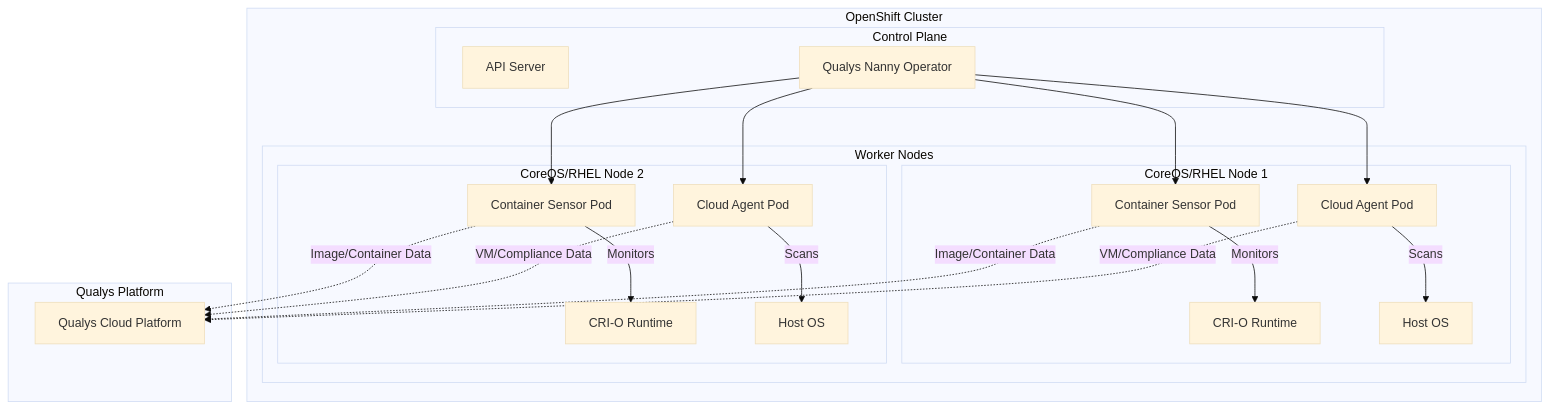
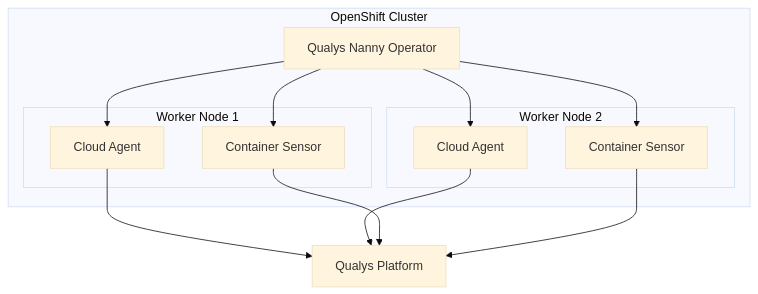
The first of 11 diagrams in docs/blog.md (nelssec/qualys-nanny), drawn with Mermaid (base theme) before and after one commit. The commit also changed other lines of this file and 15 other files, not shown here.

````diff
--- a/docs/blog.md
+++ b/docs/blog.md
@@ -9,44 +9,28 @@
 ```mermaid
 flowchart TB
-    subgraph OpenShift Cluster
-        subgraph Control Plane
-            API[API Server]
-            OPERATOR[Qualys Nanny Operator]
+    subgraph cluster[OpenShift Cluster]
+        OPERATOR[Qualys Nanny Operator]
+
+        subgraph node1[Worker Node 1]
+            CA1[Cloud Agent]
+            CS1[Container Sensor]
         end
 
-        subgraph Worker Nodes
-            subgraph CoreOS/RHEL Node 1
-                CA1[Cloud Agent Pod]
-                CS1[Container Sensor Pod]
-                CRI1[CRI-O Runtime]
-                HOST1[Host OS]
-            end
-
-            subgraph CoreOS/RHEL Node 2
-                CA2[Cloud Agent Pod]
-                CS2[Container Sensor Pod]
-                CRI2[CRI-O Runtime]
-                HOST2[Host OS]
-            end
+        subgraph node2[Worker Node 2]
+            CA2[Cloud Agent]
+            CS2[Container Sensor]
         end
     end
 
-    subgraph Qualys Platform
-        QP[Qualys Cloud Platform]
-    end
+    QP[Qualys Platform]
 
     OPERATOR --> CA1
     OPERATOR --> CA2
     OPERATOR --> CS1
     OPERATOR --> CS2
 
-    CA1 -.->|VM/Compliance Data| QP
-    CA2 -.->|VM/Compliance Data| QP
-    CS1 -.->|Image/Container Data| QP
-    CS2 -.->|Image/Container Data| QP
-
-    CA1 -->|Scans| HOST1
-    CA2 -->|Scans| HOST2
-    CS1 -->|Monitors| CRI1
-    CS2 -->|Monitors| CRI2
+    CA1 --> QP
+    CA2 --> QP
+    CS1 --> QP
+    CS2 --> QP
 ```
````
